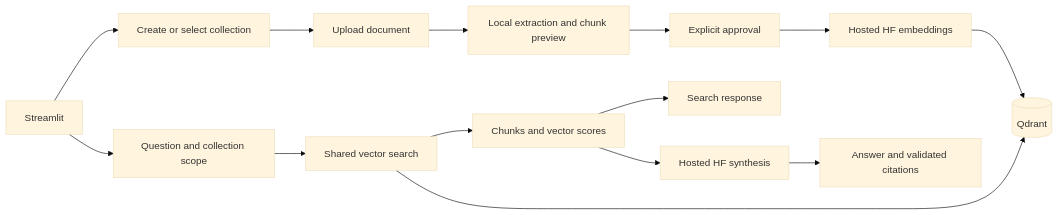
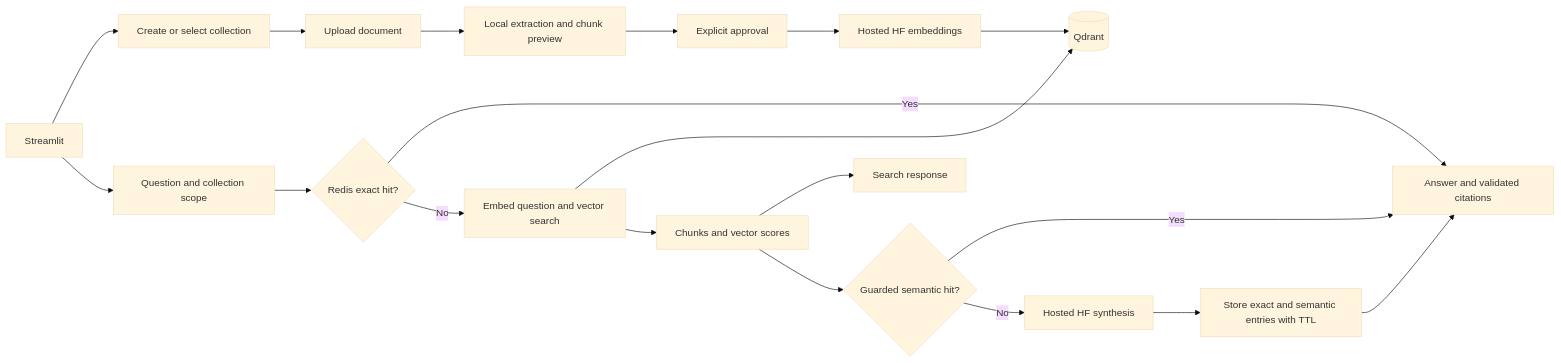
The diagram in README.md (Shotza247/OpenSource-RAG-Template), drawn with Mermaid (base theme) before and after one commit. The commit also changed other lines of this file and 9 other files, not shown here.

Commit message:
docs: refresh semantic cache architecture and roadmap

````diff
--- a/README.md
+++ b/README.md
@@ -106,16 +110,21 @@
 ```mermaid
 flowchart LR
     UI[Streamlit] --> Collection[Create or select collection]
     Collection --> Upload[Upload document]
     Upload --> Preview[Local extraction and chunk preview]
     Preview --> Approve[Explicit approval]
     Approve --> Embed[Hosted HF embeddings]
     Embed --> Q[(Qdrant)]
     UI --> Query[Question and collection scope]
-    Query --> Search[Shared vector search]
+    Query --> Exact{Redis exact hit?}
+    Exact -->|Yes| Answer[Answer and validated citations]
+    Exact -->|No| Search[Embed question and vector search]
     Search --> Q
     Search --> Evidence[Chunks and vector scores]
     Evidence --> Result[Search response]
-    Evidence --> LLM[Hosted HF synthesis]
-    LLM --> Answer[Answer and validated citations]
+    Evidence --> Semantic{Guarded semantic hit?}
+    Semantic -->|Yes| Answer
+    Semantic -->|No| LLM[Hosted HF synthesis]
+    LLM --> Cache[Store exact and semantic entries with TTL]
+    Cache --> Answer
 ```
````
